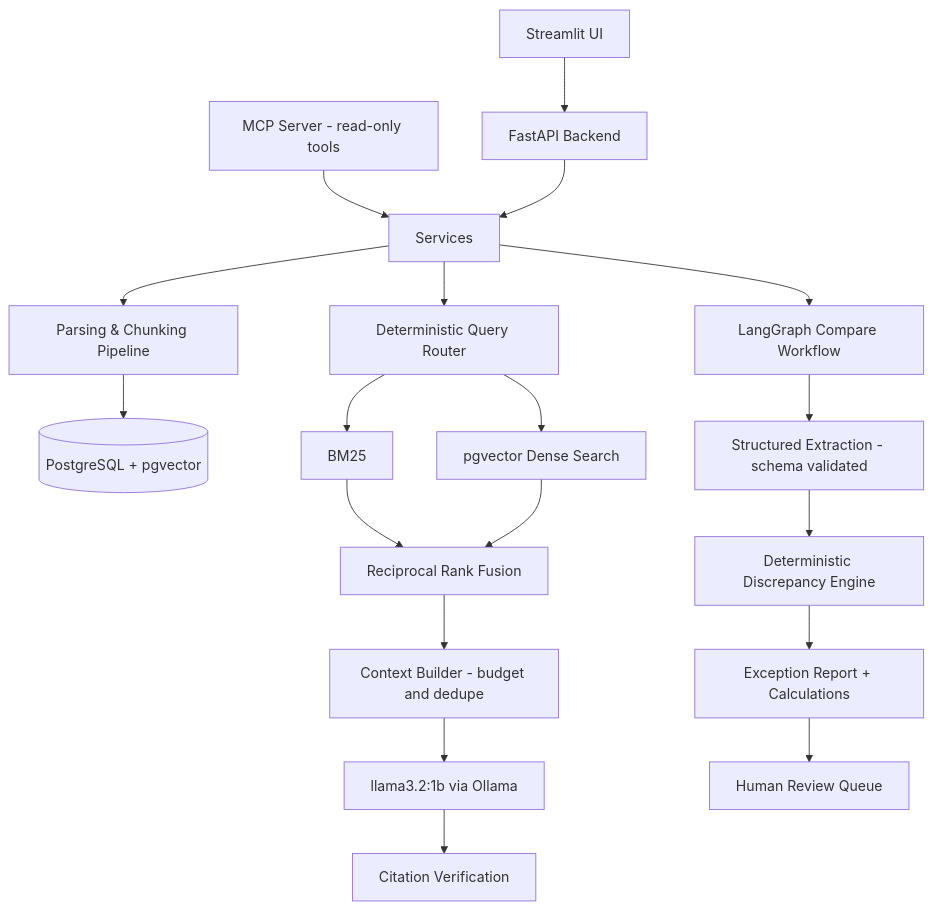
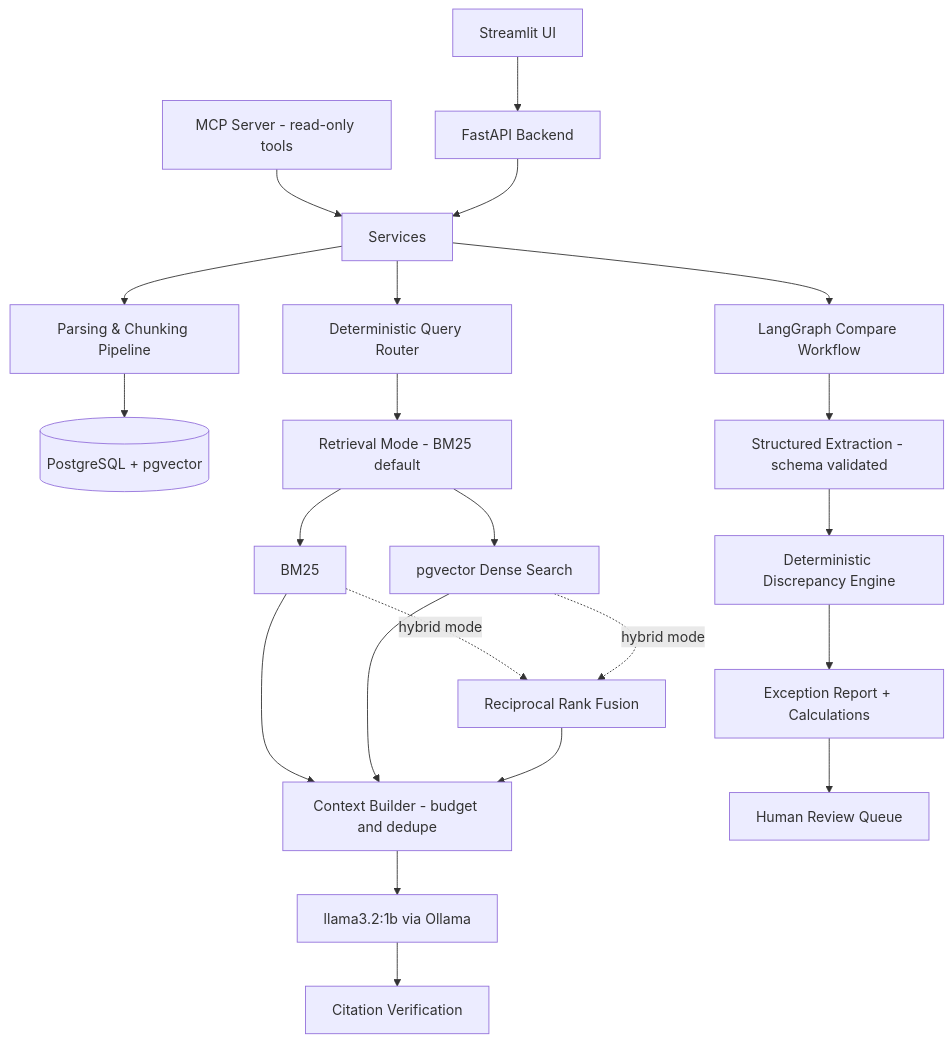
One commit to trongjhuongwr/Local_Document_Intelligence_Platform changed the diagram in README.md. Above: the diagram before and after it, drawn with Mermaid. The commit also changed other lines of this file and 59 other files, not shown here.

````diff
--- a/README.md
+++ b/README.md
@@ -31,21 +31,24 @@
 ```mermaid
 flowchart TD
     UI[Streamlit UI] --> API[FastAPI Backend]
     MCP[MCP Server - read-only tools] --> SVC
     API --> SVC[Services]
     SVC --> ING[Parsing & Chunking Pipeline]
     ING --> PG[(PostgreSQL + pgvector)]
     SVC --> ROUTE[Deterministic Query Router]
-    ROUTE --> BM25[BM25]
-    ROUTE --> VEC[pgvector Dense Search]
-    BM25 --> RRF[Reciprocal Rank Fusion]
-    VEC --> RRF
-    RRF --> CTX[Context Builder - budget and dedupe]
+    ROUTE --> MODE[Retrieval Mode - BM25 default]
+    MODE --> BM25[BM25]
+    MODE --> VEC[pgvector Dense Search]
+    BM25 -. hybrid mode .-> RRF[Reciprocal Rank Fusion]
+    VEC -. hybrid mode .-> RRF
+    BM25 --> CTX[Context Builder - budget and dedupe]
+    VEC --> CTX
+    RRF --> CTX
     CTX --> LLM[llama3.2:1b via Ollama]
     LLM --> VERIFY[Citation Verification]
     SVC --> WF[LangGraph Compare Workflow]
     WF --> EXTRACT[Structured Extraction - schema validated]
     EXTRACT --> RULES[Deterministic Discrepancy Engine]
     RULES --> REPORT[Exception Report + Calculations]
     REPORT --> REVIEW[Human Review Queue]
 ```
````
